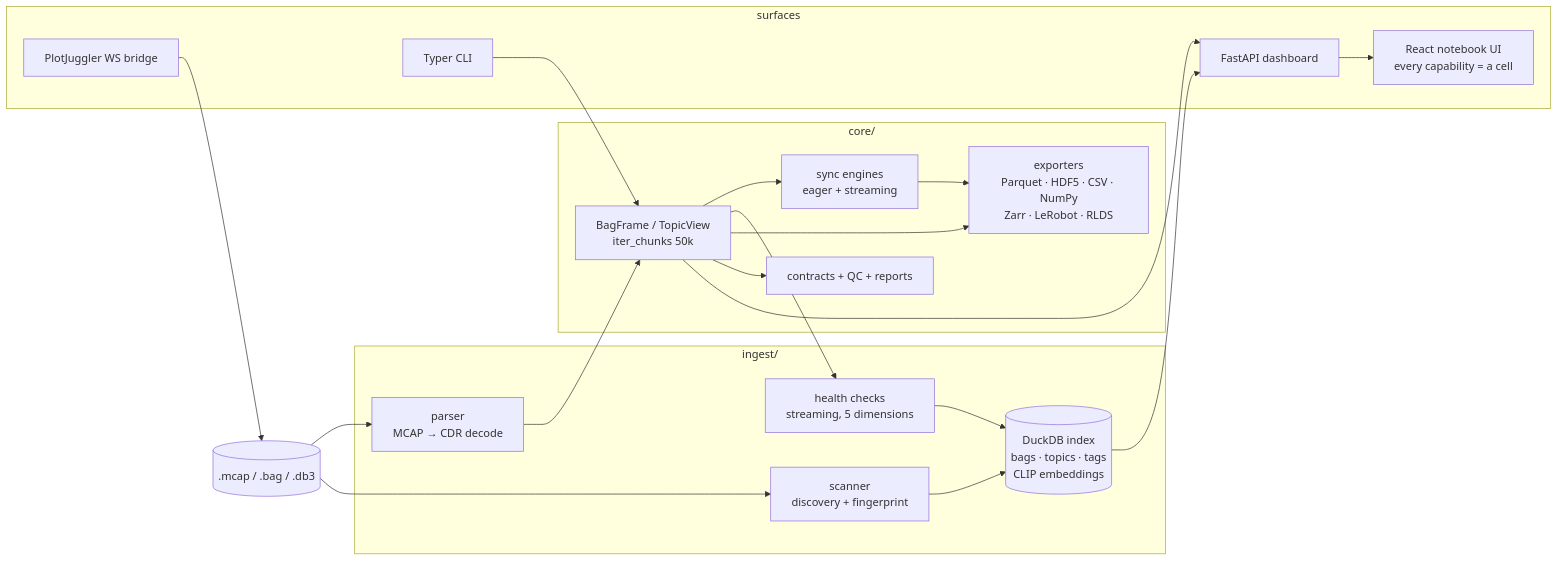
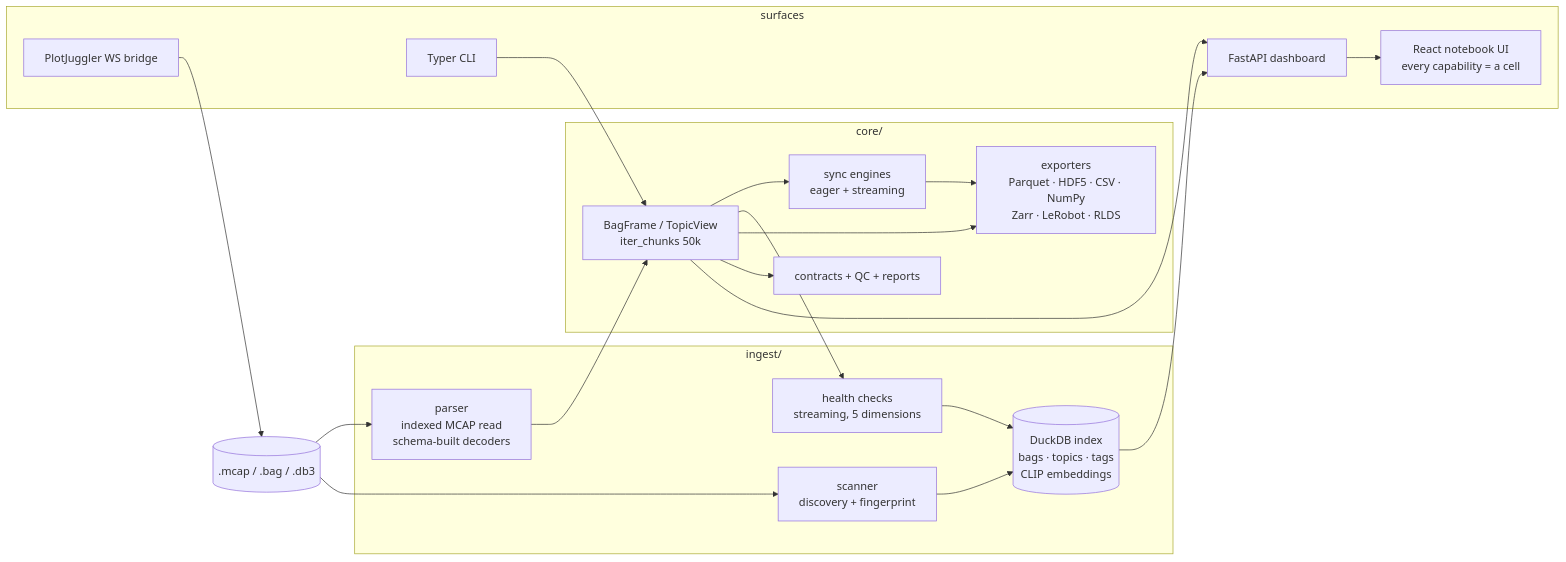
One commit to vikramnagashoka/rosbag-resurrector changed the diagram in ARCHITECTURE.md. Above: the diagram before and after it, drawn with Mermaid. The commit also changed other lines of this file and 46 other files, not shown here.

````diff
--- a/ARCHITECTURE.md
+++ b/ARCHITECTURE.md
@@ -29,30 +29,30 @@
 ```mermaid
 flowchart LR
     subgraph ingest["ingest/"]
         SC[scanner<br/>discovery + fingerprint] --> IX[(DuckDB index<br/>bags · topics · tags<br/>CLIP embeddings)]
-        PA[parser<br/>MCAP → CDR decode]
+        PA[parser<br/>indexed MCAP read<br/>schema-built decoders]
         HC[health checks<br/>streaming, 5 dimensions]
     end
     subgraph core["core/"]
         BF[BagFrame / TopicView<br/>iter_chunks 50k]
         SY[sync engines<br/>eager + streaming]
         EX[exporters<br/>Parquet · HDF5 · CSV · NumPy<br/>Zarr · LeRobot · RLDS]
         QC[contracts + QC + reports]
     end
     subgraph surfaces["surfaces"]
         CLI[Typer CLI]
         API[FastAPI dashboard]
         NB[React notebook UI<br/>every capability = a cell]
         BR[PlotJuggler WS bridge]
     end
     BAG[(.mcap / .bag / .db3)] --> PA --> BF
     BAG --> SC
     BF --> SY --> EX
     BF --> HC --> IX
     BF --> EX
     BF --> QC
     IX --> API
     BF --> API --> NB
     CLI --> BF
     BR --> BAG
 ```
````
